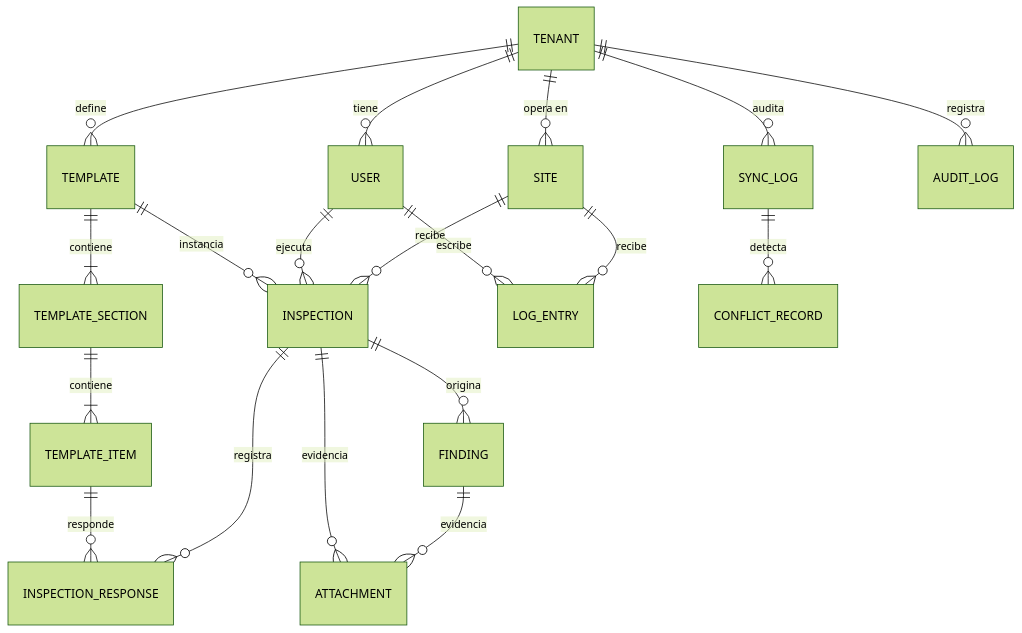
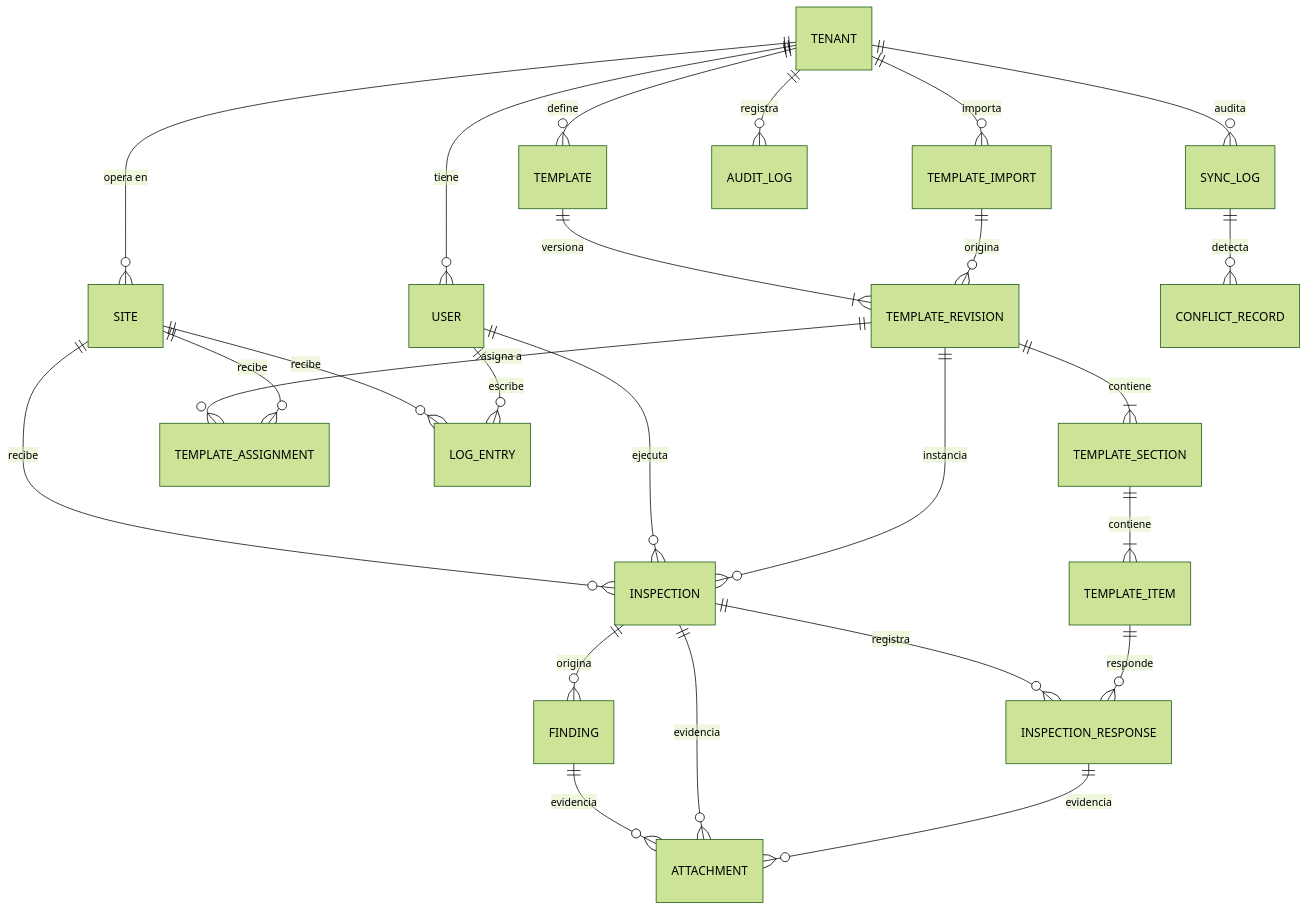
The diagram in data-model.md (danielandresavilaj-cell/terreno-conectado), drawn with Mermaid (forest theme) before and after one commit. The commit also changed other lines of this file, not shown here.

Commit message:
docs(data-model): v1.1.0 - TEMPLATE_REVISION/IMPORT/ASSIGNMENT, 8 response types + props, value_json, response attachments [refs #32] (#65)

````diff
--- a/data-model.md
+++ b/data-model.md
@@ -9,21 +9,27 @@
 ```mermaid
 erDiagram
     TENANT ||--o{ USER : "tiene"
     TENANT ||--o{ SITE : "opera en"
     TENANT ||--o{ TEMPLATE : "define"
-    TEMPLATE ||--|{ TEMPLATE_SECTION : "contiene"
+    TEMPLATE ||--|{ TEMPLATE_REVISION : "versiona"
+    TEMPLATE_REVISION ||--|{ TEMPLATE_SECTION : "contiene"
     TEMPLATE_SECTION ||--|{ TEMPLATE_ITEM : "contiene"
+    TEMPLATE_REVISION ||--o{ TEMPLATE_ASSIGNMENT : "asigna a"
+    SITE ||--o{ TEMPLATE_ASSIGNMENT : "recibe"
+    TENANT ||--o{ TEMPLATE_IMPORT : "importa"
+    TEMPLATE_IMPORT ||--o{ TEMPLATE_REVISION : "origina"
     SITE ||--o{ INSPECTION : "recibe"
     USER ||--o{ INSPECTION : "ejecuta"
-    TEMPLATE ||--o{ INSPECTION : "instancia"
+    TEMPLATE_REVISION ||--o{ INSPECTION : "instancia"
     INSPECTION ||--o{ INSPECTION_RESPONSE : "registra"
     TEMPLATE_ITEM ||--o{ INSPECTION_RESPONSE : "responde"
     INSPECTION ||--o{ FINDING : "origina"
     FINDING ||--o{ ATTACHMENT : "evidencia"
     INSPECTION ||--o{ ATTACHMENT : "evidencia"
+    INSPECTION_RESPONSE ||--o{ ATTACHMENT : "evidencia"
     SITE ||--o{ LOG_ENTRY : "recibe"
     USER ||--o{ LOG_ENTRY : "escribe"
     TENANT ||--o{ SYNC_LOG : "audita"
     SYNC_LOG ||--o{ CONFLICT_RECORD : "detecta"
     TENANT ||--o{ AUDIT_LOG : "registra"
 ```
````
